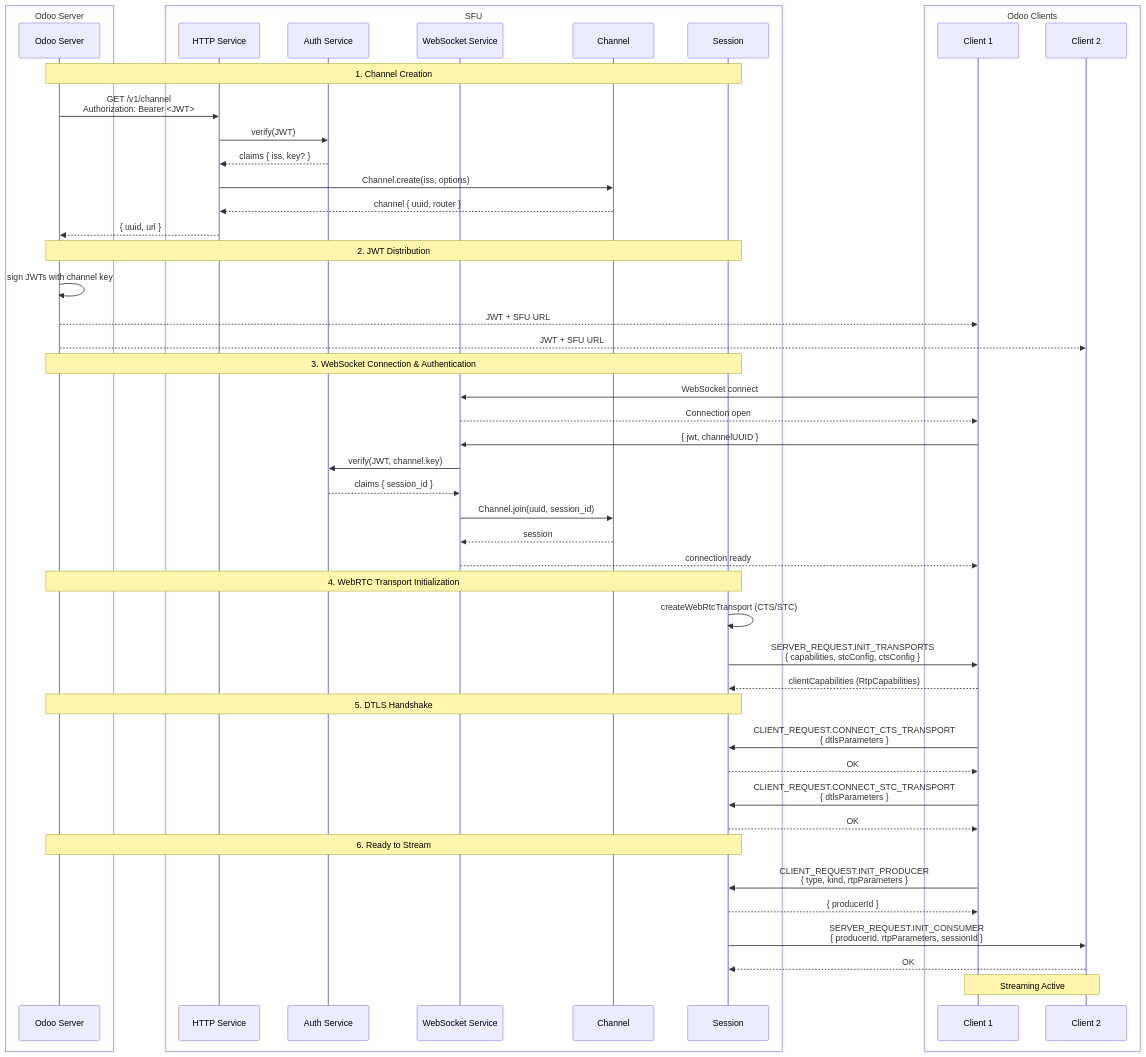
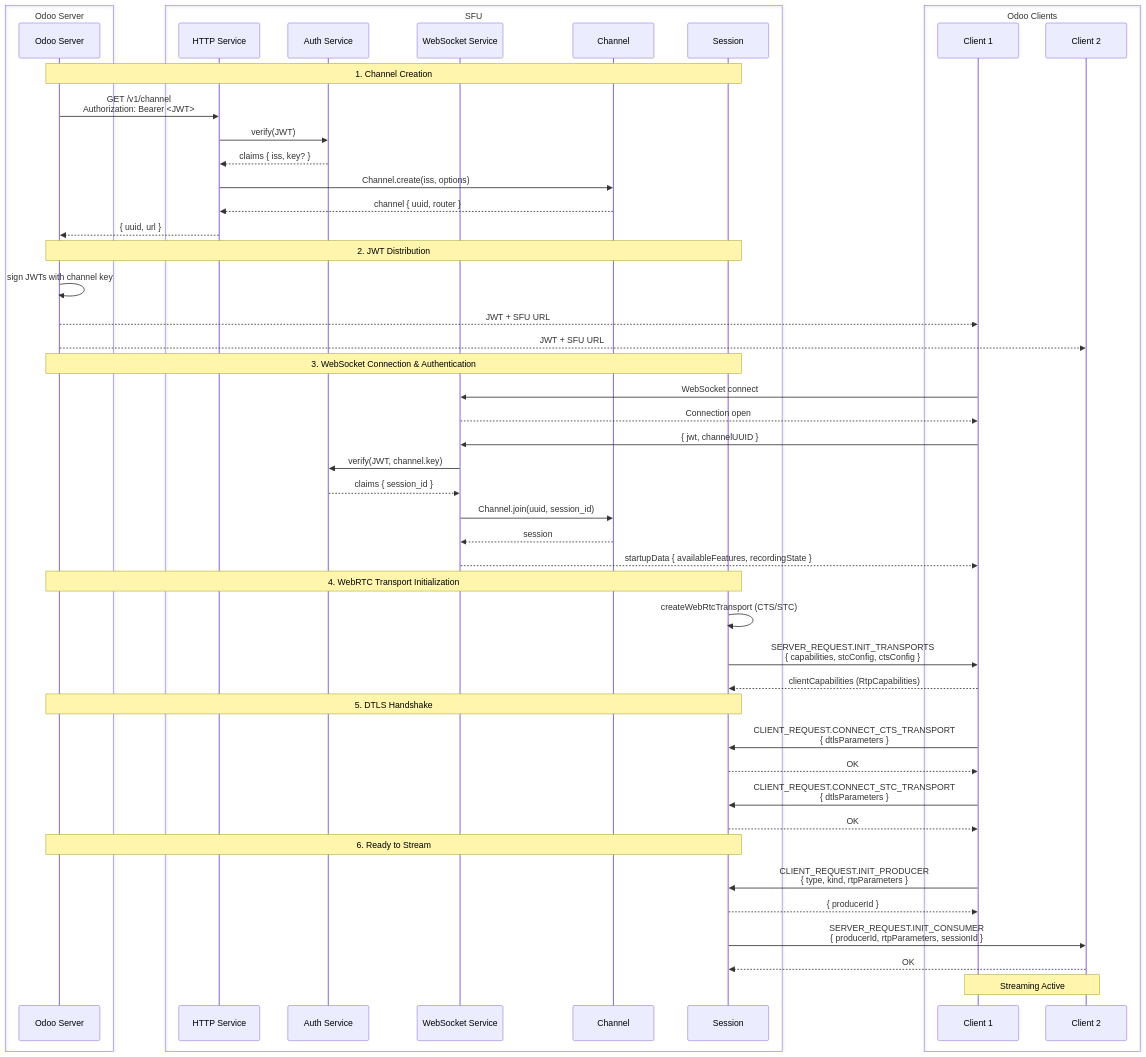
The diagram in doc/network_flow.md (odoo/sfu), drawn with Mermaid before and after one commit. The commit also changed other lines of this file and 7 other files, not shown here.

````diff
--- a/doc/network_flow.md
+++ b/doc/network_flow.md
@@ -3,59 +3,59 @@
 ```mermaid
 sequenceDiagram
     box Odoo Server
         participant OS as Odoo Server
     end
     box SFU
         participant HTTP as HTTP Service
         participant Auth as Auth Service
         participant WS as WebSocket Service
         participant Ch as Channel
         participant Sess as Session
     end
     box Odoo Clients
         participant C1 as Client 1
         participant C2 as Client 2
     end
 
     Note over OS,Sess: 1. Channel Creation
     OS->>HTTP: GET /v1/channel<br>Authorization: Bearer <JWT>
     HTTP->>Auth: verify(JWT)
     Auth-->>HTTP: claims { iss, key? }
     HTTP->>Ch: Channel.create(iss, options)
     Ch-->>HTTP: channel { uuid, router }
     HTTP-->>OS: { uuid, url }
 
     Note over OS,Sess: 2. JWT Distribution
     OS->>OS: sign JWTs with channel key
     OS-->>C1: JWT + SFU URL
     OS-->>C2: JWT + SFU URL
 
     Note over OS,Sess: 3. WebSocket Connection & Authentication
     C1->>WS: WebSocket connect
     WS-->>C1: Connection open
     C1->>WS: { jwt, channelUUID }
     WS->>Auth: verify(JWT, channel.key)
     Auth-->>WS: claims { session_id }
     WS->>Ch: Channel.join(uuid, session_id)
     Ch-->>WS: session
-    WS-->>C1: connection ready
+    WS-->>C1: startupData { availableFeatures, recordingState }
 
     Note over OS,Sess: 4. WebRTC Transport Initialization
     Sess->>Sess: createWebRtcTransport (CTS/STC)
     Sess->>C1: SERVER_REQUEST.INIT_TRANSPORTS<br>{ capabilities, stcConfig, ctsConfig }
     C1-->>Sess: clientCapabilities (RtpCapabilities)
 
     Note over OS,Sess: 5. DTLS Handshake
     C1->>Sess: CLIENT_REQUEST.CONNECT_CTS_TRANSPORT<br>{ dtlsParameters }
     Sess-->>C1: OK
     C1->>Sess: CLIENT_REQUEST.CONNECT_STC_TRANSPORT<br>{ dtlsParameters }
     Sess-->>C1: OK
 
     Note over OS,Sess: 6. Ready to Stream
     C1->>Sess: CLIENT_REQUEST.INIT_PRODUCER<br>{ type, kind, rtpParameters }
     Sess-->>C1: { producerId }
     Sess->>C2: SERVER_REQUEST.INIT_CONSUMER<br>{ producerId, rtpParameters, sessionId }
     C2-->>Sess: OK
 
     Note over C1,C2: Streaming Active
 ```
````
